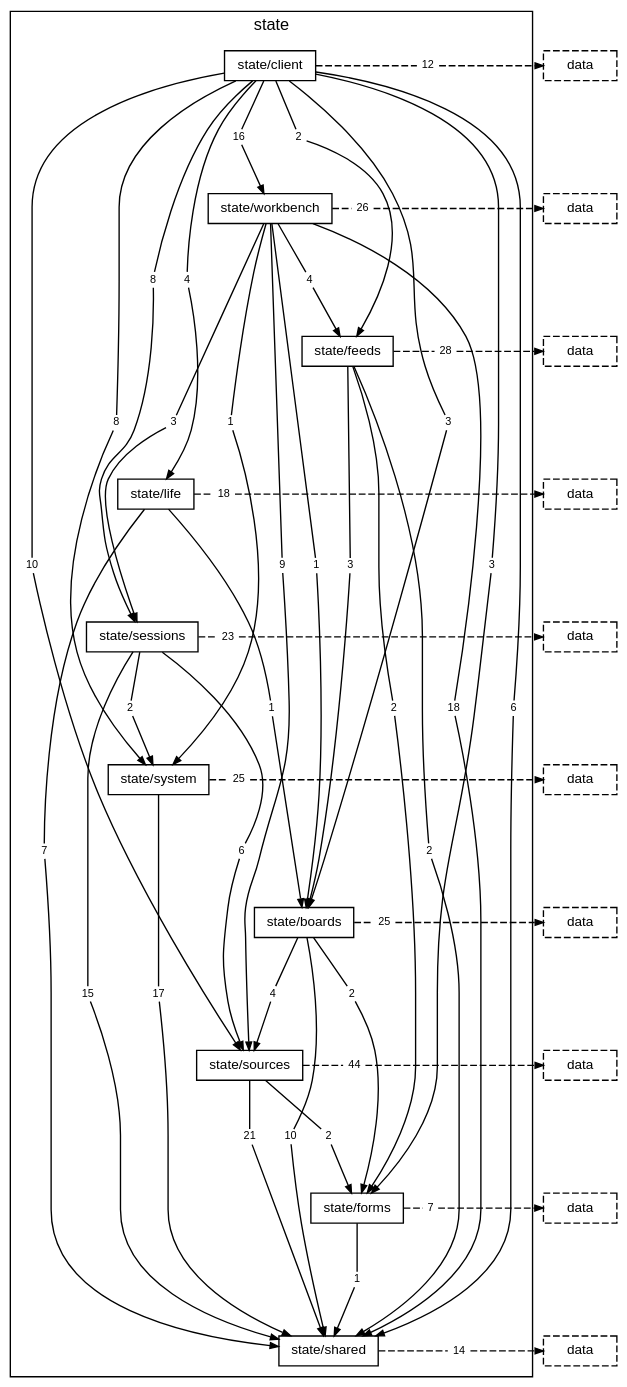
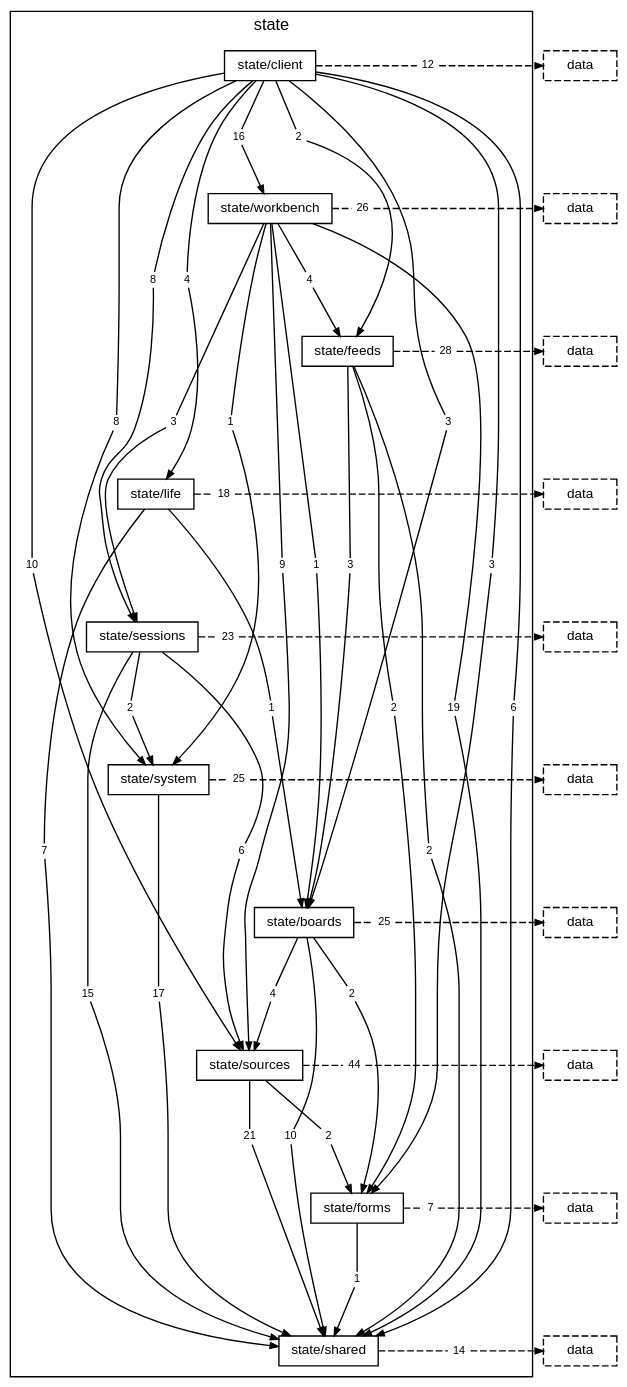
One commit to TheAxeC/oculus changed the diagram in docs/diagrams/layer-state.dot. Above: the diagram before and after it, drawn with Graphviz. The commit also changed 132 other files, not shown here.

```diff
--- a/docs/diagrams/layer-state.dot
+++ b/docs/diagrams/layer-state.dot
@@ -27,7 +27,7 @@
         "folder state/workbench to folder state/boards" [label="1", shape=box, color="transparent", fontsize=8, width=0, height=0, margin="0.04,0.02"];
         "folder state/workbench to folder state/feeds" [label="4", shape=box, color="transparent", fontsize=8, width=0, height=0, margin="0.04,0.02"];
         "folder state/workbench to folder state/sessions" [label="3", shape=box, color="transparent", fontsize=8, width=0, height=0, margin="0.04,0.02"];
-        "folder state/workbench to folder state/shared" [label="18", shape=box, color="transparent", fontsize=8, width=0, height=0, margin="0.04,0.02"];
+        "folder state/workbench to folder state/shared" [label="19", shape=box, color="transparent", fontsize=8, width=0, height=0, margin="0.04,0.02"];
         "folder state/workbench to folder state/sources" [label="9", shape=box, color="transparent", fontsize=8, width=0, height=0, margin="0.04,0.02"];
         "folder state/workbench to folder state/system" [label="1", shape=box, color="transparent", fontsize=8, width=0, height=0, margin="0.04,0.02"];
         "folder state/workbench to layer data" [label="26", shape=box, color="transparent", fontsize=8, width=0, height=0, margin="0.04,0.02"];
```
